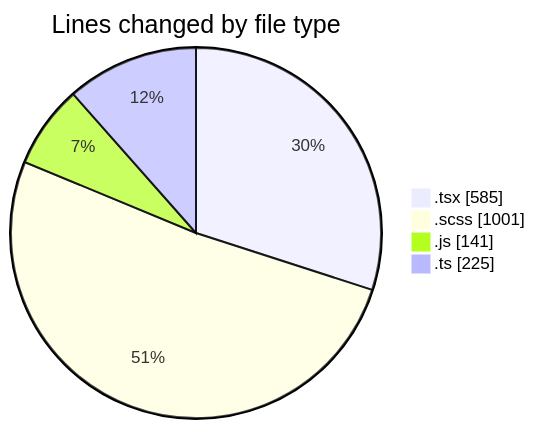
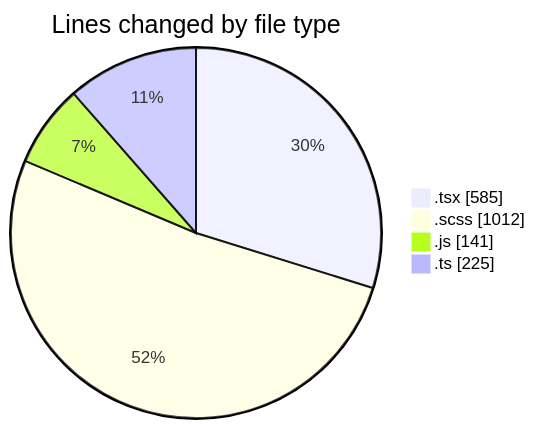
The first of 2 diagrams in 2026-03-25/cda/README.md (momahboobian/code-tracking), drawn with Mermaid before and after one commit. The commit also changed other lines of this file and 1 other file, not shown here.

````diff
--- a/2026-03-25/cda/README.md
+++ b/2026-03-25/cda/README.md
@@ -23,8 +23,8 @@
 ```mermaid
 pie showData
 title Lines changed by file type
 ".tsx" : 585
-".scss" : 1001
+".scss" : 1012
 ".js" : 141
 ".ts" : 225
 ```
````
